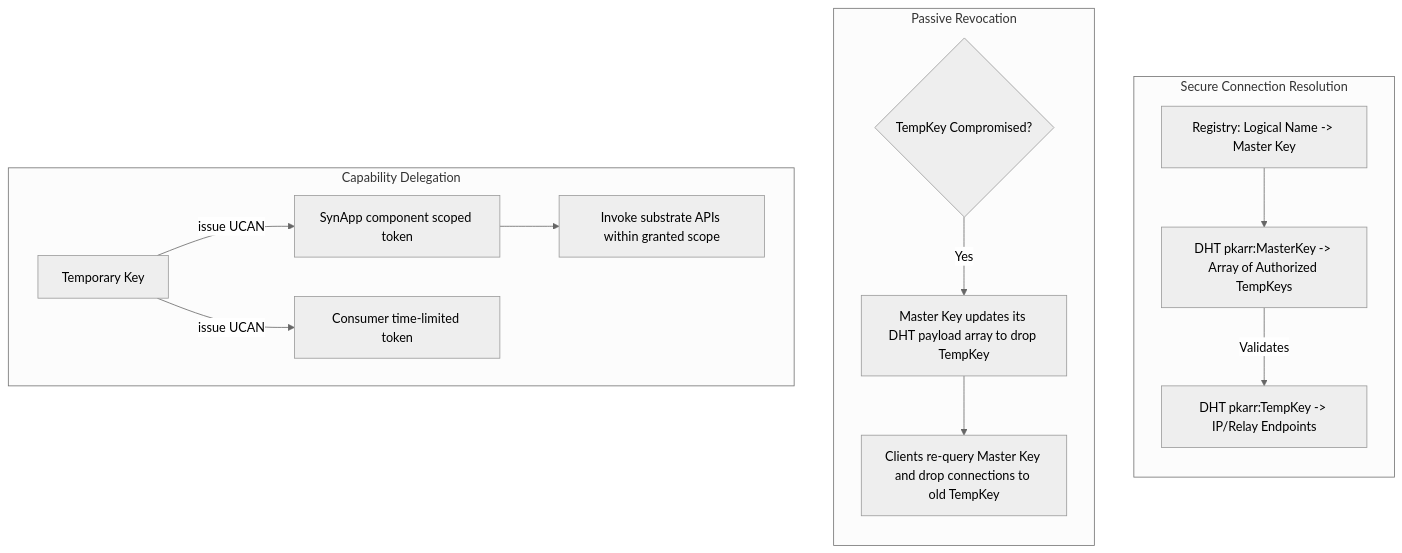
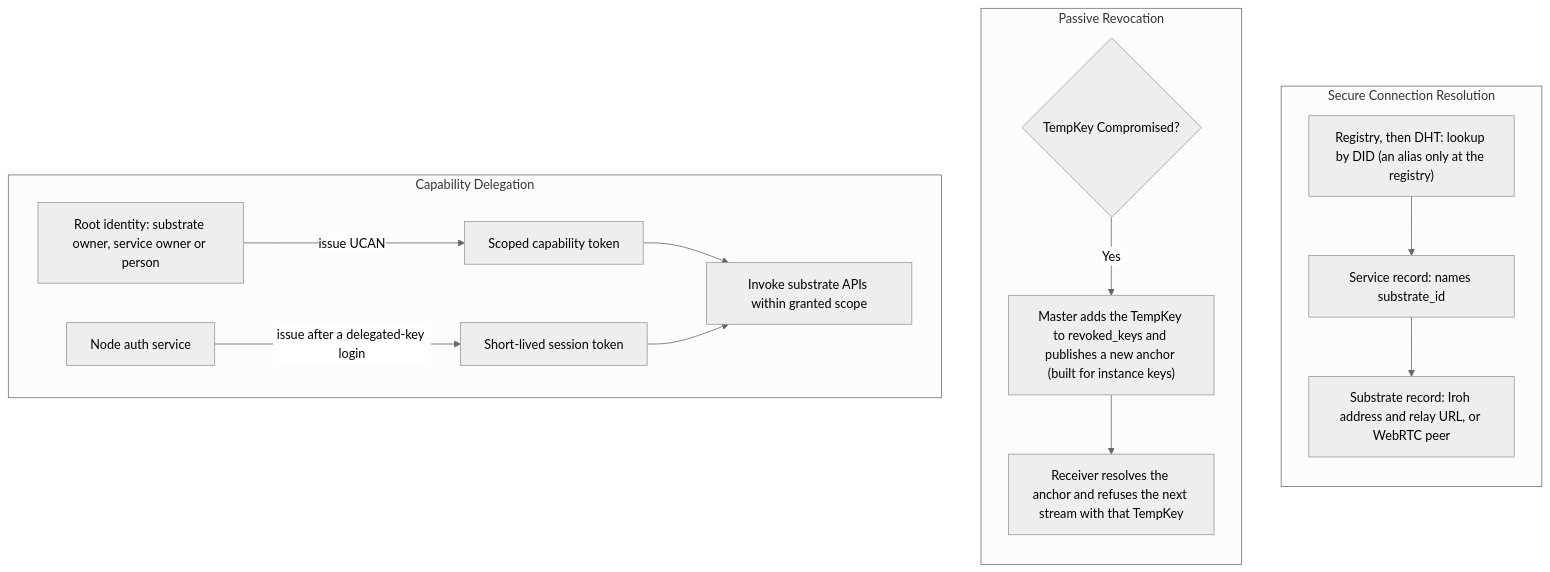
One commit to syneroym/syneroym changed the tenth of 23 diagrams in docs/system-architecture.md. Above: the diagram before and after it, drawn with Mermaid (neutral theme). The commit also changed other lines of this file and 15 other files, not shown here.

First line of the commit message:
docs(architecture): apply audit fixes (#293)

````diff
--- a/docs/system-architecture.md
+++ b/docs/system-architecture.md
@@ -548,25 +826,25 @@
 ```mermaid
 flowchart TD
     subgraph RESOLUTION["Secure Connection Resolution"]
         direction TB
-        REG[Registry: Logical Name -> Master Key]
-        MAST_DHT[DHT pkarr:MasterKey -> Array of Authorized TempKeys]
-        TEMP_DHT[DHT pkarr:TempKey -> IP/Relay Endpoints]
-        
-        REG --> MAST_DHT
-        MAST_DHT -->|Validates| TEMP_DHT
+        REG["Registry, then DHT: lookup by DID (an alias only at the registry)"]
+        SVC_REC["Service record: names substrate_id"]
+        SUB_REC["Substrate record: Iroh address and relay URL, or WebRTC peer"]
+
+        REG --> SVC_REC --> SUB_REC
     end
 
     subgraph REVOCATION["Passive Revocation"]
         direction TB
         COMP{TempKey Compromised?}
-        COMP -->|Yes| UPD[Master Key updates its DHT payload array to drop TempKey]
-        UPD --> FAIL[Clients re-query Master Key and drop connections to old TempKey]
+        COMP -->|Yes| UPD["Master adds the TempKey to revoked_keys and publishes a new anchor (built for instance keys)"]
+        UPD --> FAIL[Receiver resolves the anchor and refuses the next stream with that TempKey]
     end
 
     subgraph DELEGATION["Capability Delegation"]
-        ROOT[Temporary Key] -->|"issue UCAN"| APP[SynApp component scoped token]
-        ROOT -->|"issue UCAN"| CONSUMER_TOK[Consumer time-limited token]
+        ROOT["Root identity: substrate owner, service owner or person"] -->|"issue UCAN"| APP[Scoped capability token]
+        AUTH["Node auth service"] -->|"issue after a delegated-key login"| CONSUMER_TOK[Short-lived session token]
         APP --> INVOKE[Invoke substrate APIs within granted scope]
+        CONSUMER_TOK --> INVOKE
     end
 ```
````
